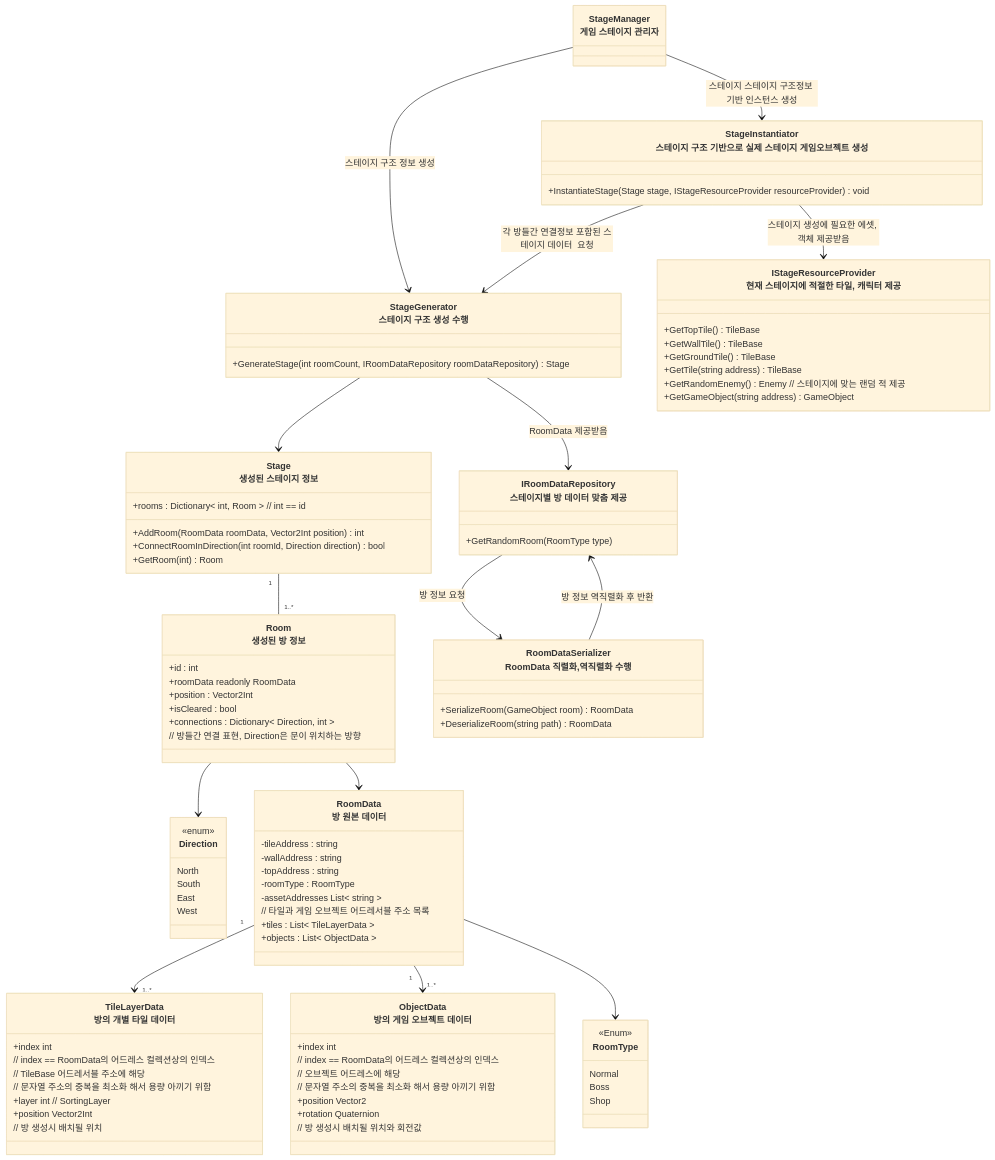
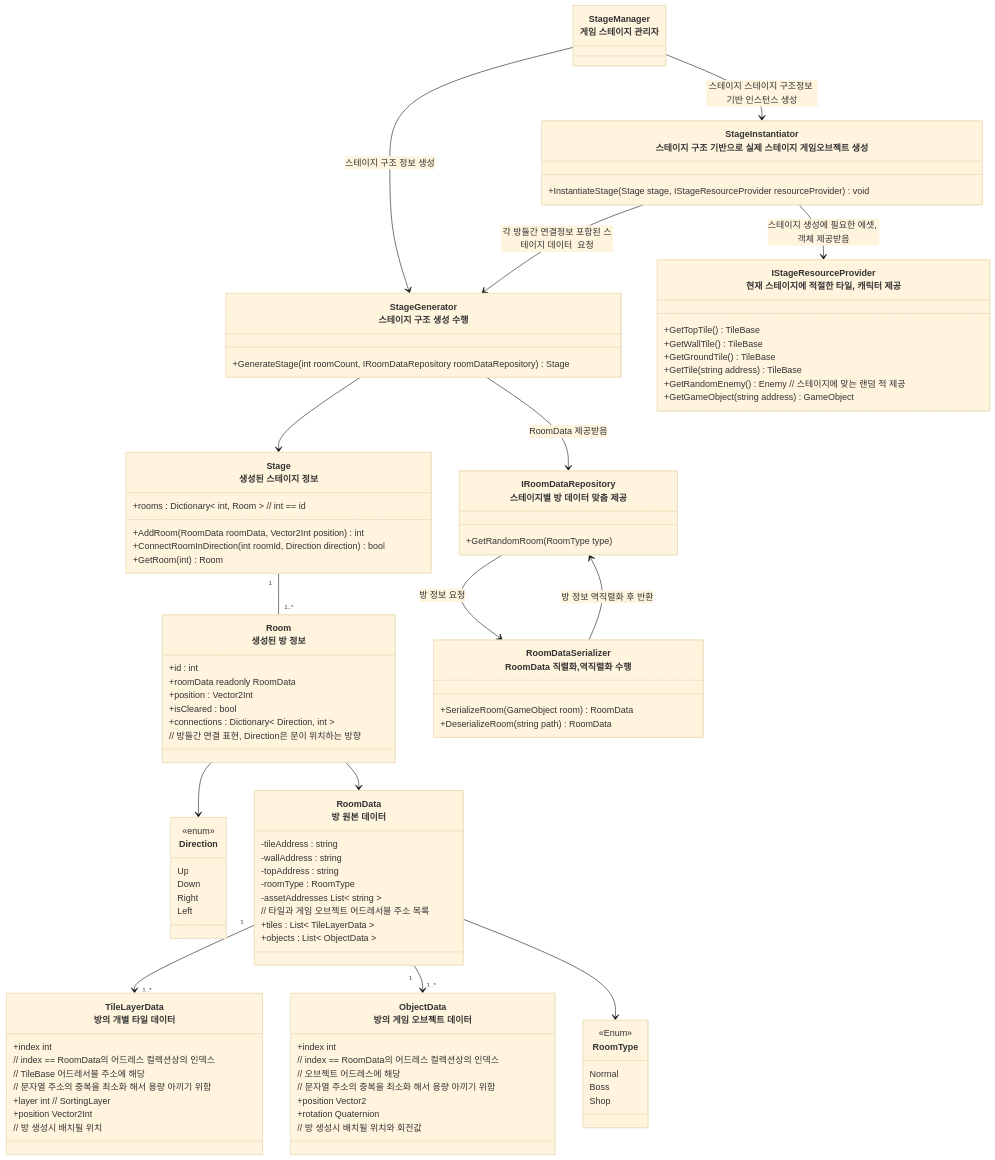
One commit to JIN5EOK/DungeonShooter changed the first of 5 diagrams in Assets/_README/Stage_Spec.md. Above: the diagram before and after it, drawn with Mermaid (base theme). The commit also changed 5 other files, not shown here.

```diff
--- a/Assets/_README/Stage_Spec.md
+++ b/Assets/_README/Stage_Spec.md
@@ -7,10 +7,10 @@
 classDiagram
     class Direction {
         <<enum>>
-        North
-        South
-        East
-        West
+        Up
+        Down
+        Right
+        Left
     }
 
     class IRoomDataRepository["IRoomDataRepository<br>스테이지별 방 데이터 맞춤 제공"] {
```
